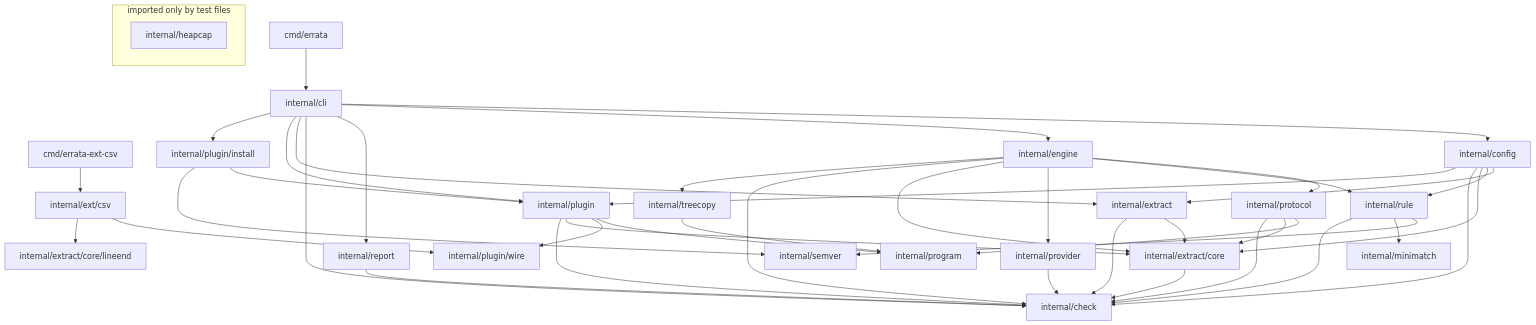
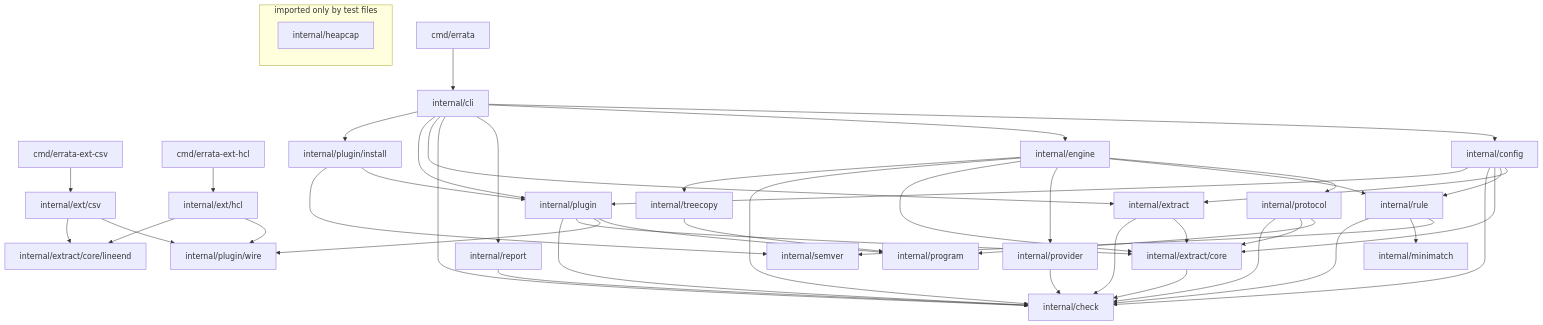
The second of 9 diagrams in docs/architecture.md (f-klement/errata), drawn with Mermaid before and after one commit. The commit also changed other lines of this file and 46 other files, not shown here.

First line of the commit message:
test(ext/hcl): time the depth pass over the large run in up to three tries

````diff
--- a/docs/architecture.md
+++ b/docs/architecture.md
@@ -177,68 +184,73 @@
 ```mermaid
 flowchart TB
     %% packages: TestArchitectureDrawsEveryImport compares this graph with the imports
     cmd_errata["cmd/errata"]
     cmd_errata_ext_csv["cmd/errata-ext-csv"]
     extcsv["internal/ext/csv"]
+    cmd_errata_ext_hcl["cmd/errata-ext-hcl"]
+    exthcl["internal/ext/hcl"]
     lineend["internal/extract/core/lineend"]
     cli["internal/cli"]
     config["internal/config"]
     engine["internal/engine"]
     rule["internal/rule"]
     semver["internal/semver"]
     minimatch["internal/minimatch"]
     protocol["internal/protocol"]
     program["internal/program"]
     plugin["internal/plugin"]
     wire["internal/plugin/wire"]
     install["internal/plugin/install"]
     treecopy["internal/treecopy"]
     provider["internal/provider"]
     report["internal/report"]
     extract["internal/extract"]
     core["internal/extract/core"]
     check["internal/check"]
     subgraph testonly ["imported only by test files"]
         heapcap["internal/heapcap"]
     end
     cmd_errata --> cli
     cli --> config
     cli --> engine
     cli --> report
     cli --> check
     cli --> extract
     cli --> plugin
     cli --> install
     install --> plugin
     install --> semver
     config --> extract
     config --> rule
     config --> core
     config --> check
     config --> plugin
     plugin --> program
     plugin --> wire
     plugin --> core
     plugin --> check
     cmd_errata_ext_csv --> extcsv
     extcsv --> wire
     extcsv --> lineend
+    cmd_errata_ext_hcl --> exthcl
+    exthcl --> wire
+    exthcl --> lineend
     engine --> protocol
     engine --> rule
     engine --> provider
     engine --> core
     engine --> check
     engine --> treecopy
     treecopy --> program
     rule --> semver
     rule --> minimatch
     rule --> check
     protocol --> program
     protocol --> core
     protocol --> check
     provider --> check
     report --> check
     extract --> core
     extract --> check
     core --> check
 ```
````
